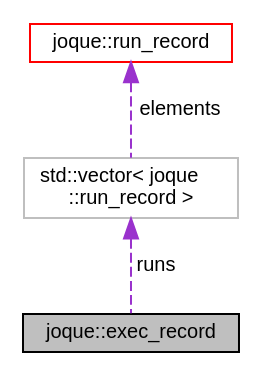
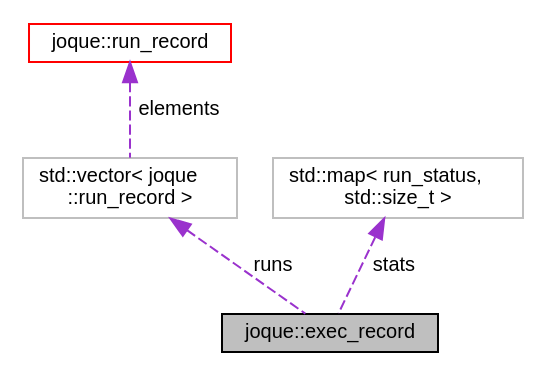
One commit to koniarik/joque changed the diagram in structjoque_1_1exec__record__coll__graph.dot. Above: the diagram before and after it, drawn with Graphviz. The commit also changed 256 other files, not shown here.

```diff
--- a/structjoque_1_1exec__record__coll__graph.dot
+++ b/structjoque_1_1exec__record__coll__graph.dot
@@ -1,11 +1,13 @@
 digraph "joque::exec_record"
 {
  // LATEX_PDF_SIZE
   edge [fontname="Helvetica",fontsize="10",labelfontname="Helvetica",labelfontsize="10"];
   node [fontname="Helvetica",fontsize="10",shape=record];
   Node1 [label="joque::exec_record",height=0.2,width=0.4,color="black", fillcolor="grey75", style="filled", fontcolor="black",tooltip="Record of execution of entire task set."];
   Node2 -> Node1 [dir="back",color="darkorchid3",fontsize="10",style="dashed",label=" runs" ,fontname="Helvetica"];
   Node2 [label="std::vector\< joque\l::run_record \>",height=0.2,width=0.4,color="grey75", fillcolor="white", style="filled",tooltip=" "];
   Node3 -> Node2 [dir="back",color="darkorchid3",fontsize="10",style="dashed",label=" elements" ,fontname="Helvetica"];
   Node3 [label="joque::run_record",height=0.2,width=0.4,color="red", fillcolor="white", style="filled",URL="$namespacejoque.html#structjoque_1_1run__record",tooltip="Record storing information about a run of one task, produced during single execution once for each ta..."];
+  Node9 -> Node1 [dir="back",color="darkorchid3",fontsize="10",style="dashed",label=" stats" ,fontname="Helvetica"];
+  Node9 [label="std::map\< run_status,\l std::size_t \>",height=0.2,width=0.4,color="grey75", fillcolor="white", style="filled",tooltip=" "];
 }
```
